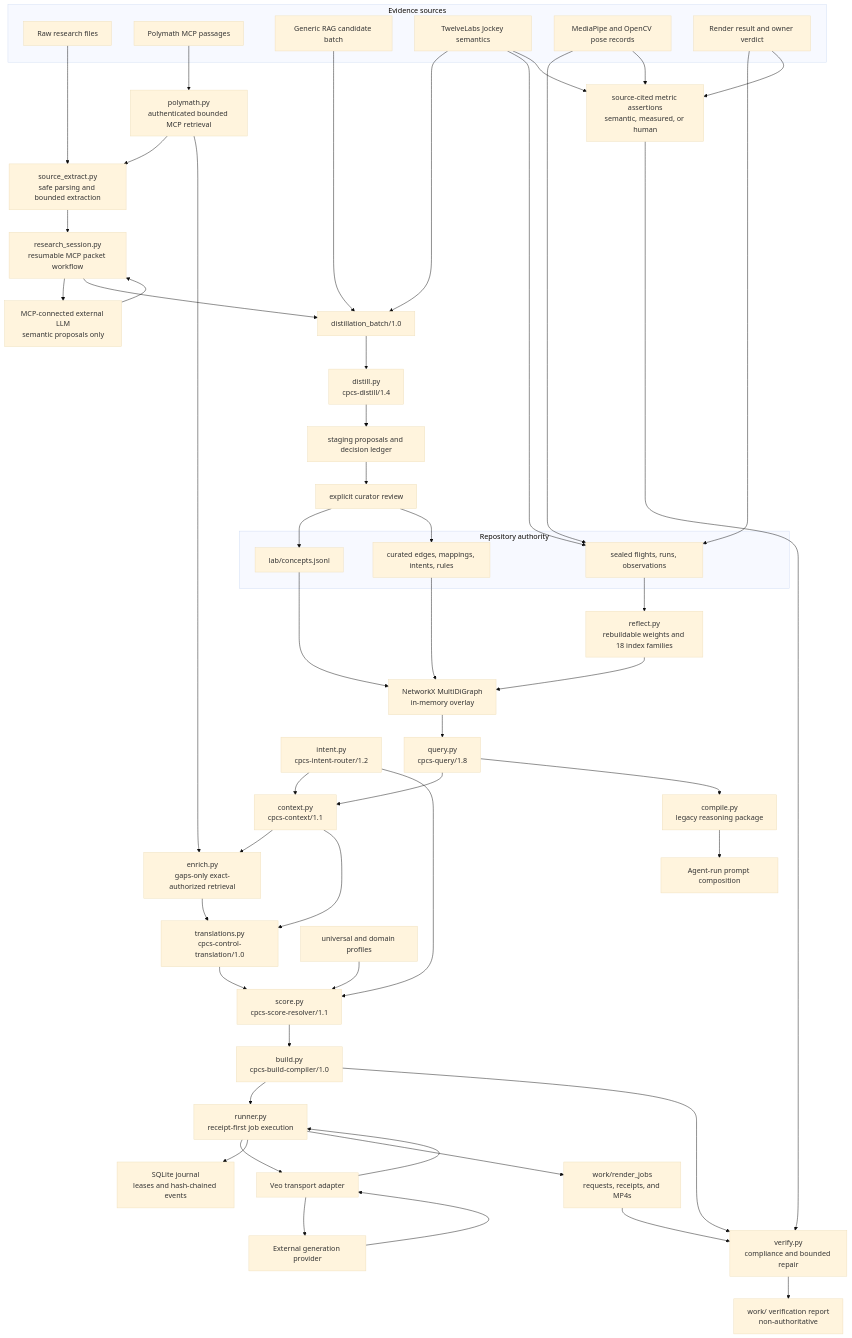
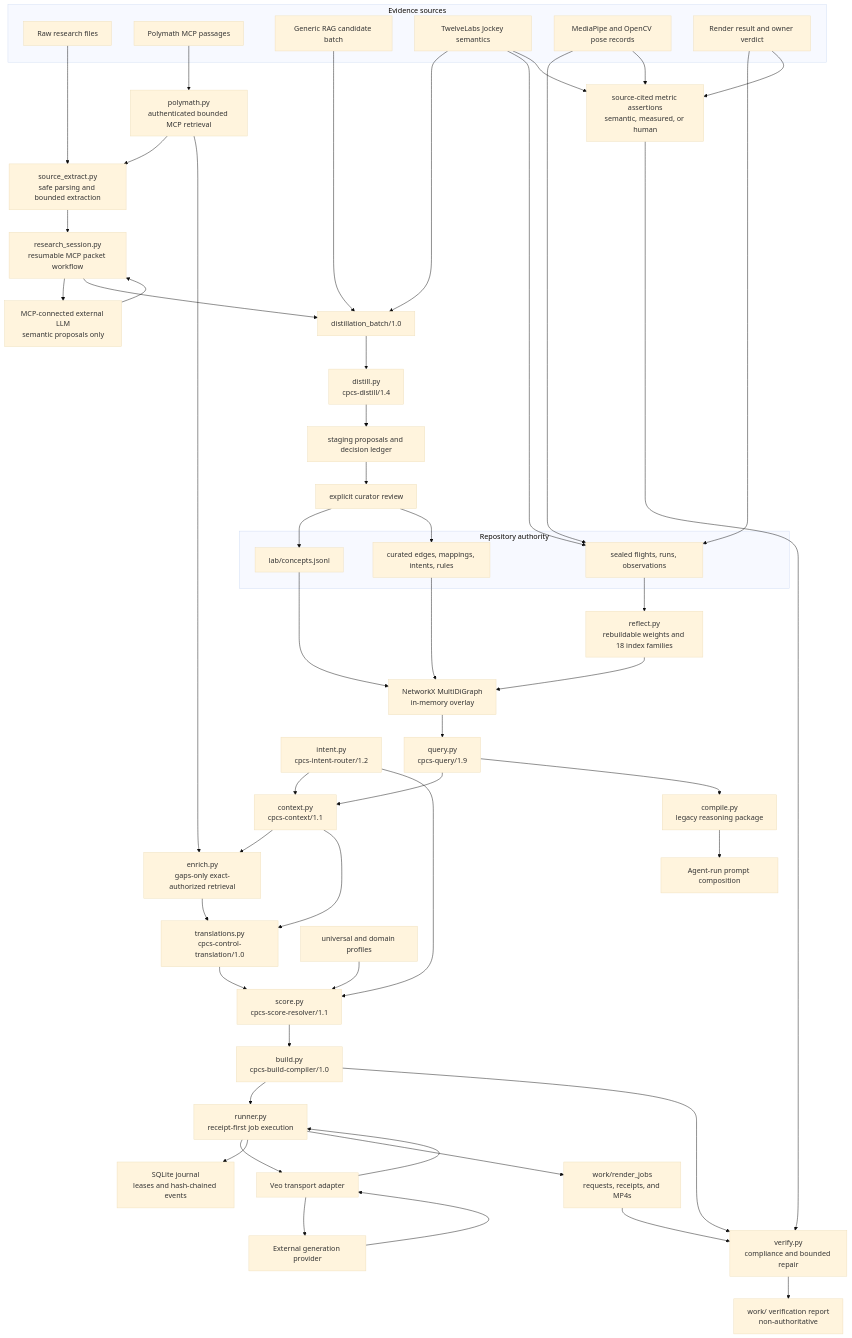
One commit to Kingsley-Cyber/ai-video-movement-prompt-system changed the second of 3 diagrams in ARCHITECTURE.md. Above: the diagram before and after it, drawn with Mermaid (base theme). The commit also changed other lines of this file and 101 other files, not shown here.

````diff
--- a/ARCHITECTURE.md
+++ b/ARCHITECTURE.md
@@ -1271,82 +1292,82 @@
 ```mermaid
 flowchart TB
     subgraph Sources["Evidence sources"]
         Raw["Raw research files"]
         Poly["Polymath MCP passages"]
         Generic["Generic RAG candidate batch"]
         Jockey["TwelveLabs Jockey semantics"]
         Pose["MediaPipe and OpenCV pose records"]
         Verdict["Render result and owner verdict"]
     end
 
     PolyRetrieve["polymath.py\nauthenticated bounded MCP retrieval"]
     SourceExtract["source_extract.py\nsafe parsing and bounded extraction"]
     ResearchSession["research_session.py\nresumable MCP packet workflow"]
     ExternalLLM["MCP-connected external LLM\nsemantic proposals only"]
     Batch["distillation_batch/1.0"]
     Distill["distill.py\ncpcs-distill/1.4"]
     Staging["staging proposals and decision ledger"]
     Review["explicit curator review"]
 
     subgraph Authority["Repository authority"]
         Concepts["lab/concepts.jsonl"]
         Curated["curated edges, mappings, intents, rules"]
         Immutable["sealed flights, runs, observations"]
     end
 
     Reflect["reflect.py\nrebuildable weights and 18 index families"]
     Graph["NetworkX MultiDiGraph\nin-memory overlay"]
-    Query["query.py\ncpcs-query/1.8"]
+    Query["query.py\ncpcs-query/1.9"]
     Context["context.py\ncpcs-context/1.1"]
     Enrich["enrich.py\ngaps-only exact-authorized retrieval"]
     Intent["intent.py\ncpcs-intent-router/1.2"]
     Translate["translations.py\ncpcs-control-translation/1.0"]
     Profiles["universal and domain profiles"]
     Score["score.py\ncpcs-score-resolver/1.1"]
     Compile["compile.py\nlegacy reasoning package"]
     Build["build.py\ncpcs-build-compiler/1.0"]
     Runner["runner.py\nreceipt-first job execution"]
     Journal["SQLite journal\nleases and hash-chained events"]
     Adapter["Veo transport adapter"]
     Artifacts["work/render_jobs\nrequests, receipts, and MP4s"]
     Evidence["source-cited metric assertions\nsemantic, measured, or human"]
     Verify["verify.py\ncompliance and bounded repair"]
     Diagnostics["work/ verification report\nnon-authoritative"]
     ManualPrompt["Agent-run prompt composition"]
     Provider["External generation provider"]
 
     Raw --> SourceExtract --> ResearchSession
     Poly --> PolyRetrieve
     PolyRetrieve --> SourceExtract
     ResearchSession --> ExternalLLM --> ResearchSession --> Batch
     PolyRetrieve --> Enrich
     Generic --> Batch
     Jockey --> Batch
     Batch --> Distill --> Staging --> Review
     Review --> Concepts
     Review --> Curated
     Jockey --> Immutable
     Pose --> Immutable
     Verdict --> Immutable
     Immutable --> Reflect
     Reflect --> Graph
     Concepts --> Graph
     Curated --> Graph
     Graph --> Query --> Context --> Enrich
     Intent --> Context
     Intent --> Score
     Context --> Translate --> Score
     Enrich --> Translate
     Profiles --> Score
     Score --> Build --> Runner --> Adapter --> Provider
     Provider --> Adapter --> Runner
     Runner --> Journal
     Runner --> Artifacts
     Jockey --> Evidence
     Pose --> Evidence
     Verdict --> Evidence
     Build --> Verify
     Artifacts --> Verify
     Evidence --> Verify --> Diagnostics
     Query --> Compile --> ManualPrompt
 ```
````
